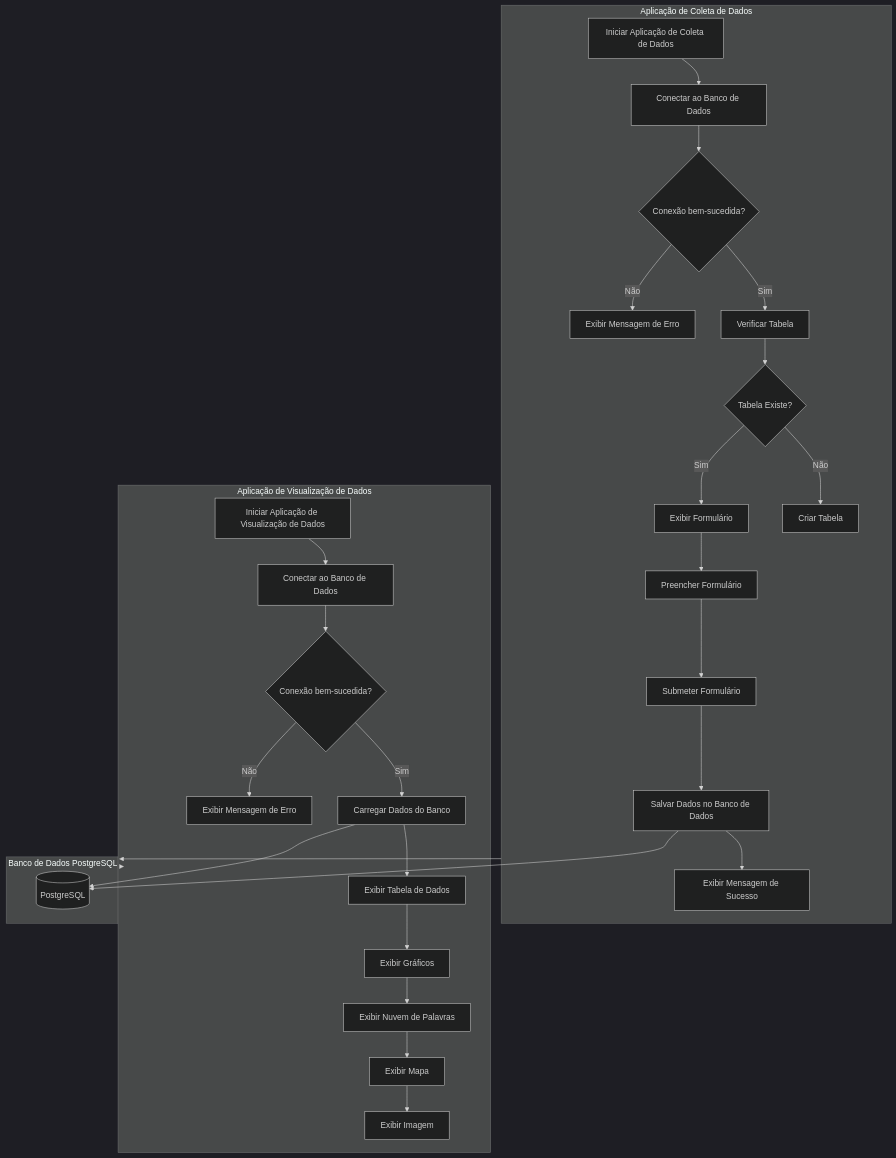
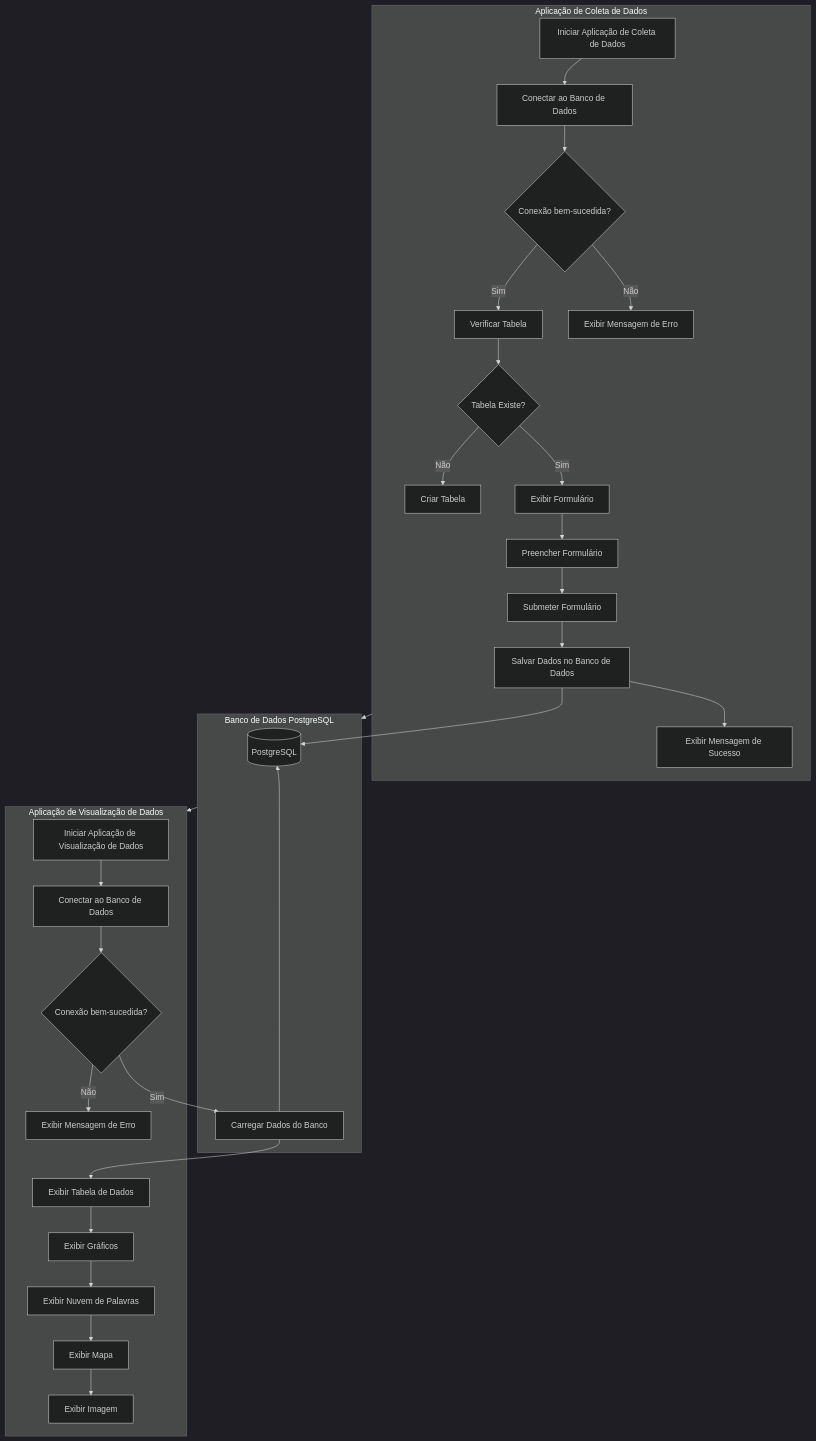
One commit to lvgalvao/workshop_streamlit changed the first of 3 diagrams in README.md. Above: the diagram before and after it, drawn with Mermaid (dark theme).

````diff
--- a/README.md
+++ b/README.md
@@ -14,37 +14,37 @@
 ```mermaid
 graph TD
     subgraph Coleta[Aplicação de Coleta de Dados]
         A[Iniciar Aplicação de Coleta de Dados] --> B[Conectar ao Banco de Dados]
         B --> C{Conexão bem-sucedida?}
         C -- Sim --> D[Verificar Tabela]
         D --> E{Tabela Existe?}
         E -- Não --> F[Criar Tabela]
         E -- Sim --> G[Exibir Formulário]
         G --> H[Preencher Formulário]
         H --> I[Submeter Formulário]
         I --> J[Salvar Dados no Banco de Dados]
         J --> K[Exibir Mensagem de Sucesso]
         C -- Não --> L[Exibir Mensagem de Erro]
     end
+
+    subgraph DB[Banco de Dados PostgreSQL]
+        DB_PostgreSQL[(PostgreSQL)]
+        J --> DB_PostgreSQL
+        P --> DB_PostgreSQL
+    end
     
     subgraph Visualização[Aplicação de Visualização de Dados]
         M[Iniciar Aplicação de Visualização de Dados] --> N[Conectar ao Banco de Dados]
         N --> O{Conexão bem-sucedida?}
         O -- Sim --> P[Carregar Dados do Banco]
         P --> Q[Exibir Tabela de Dados]
         Q --> R[Exibir Gráficos]
         R --> S[Exibir Nuvem de Palavras]
         S --> T[Exibir Mapa]
         T --> U[Exibir Imagem]
         O -- Não --> V[Exibir Mensagem de Erro]
     end
     
-    subgraph DB[Banco de Dados PostgreSQL]
-        DB_PostgreSQL[(PostgreSQL)]
-        J --> DB_PostgreSQL
-        P --> DB_PostgreSQL
-    end
-    
     Coleta --> DB
-    Visualização --> DB
+    DB --> Visualização
 ```
````
